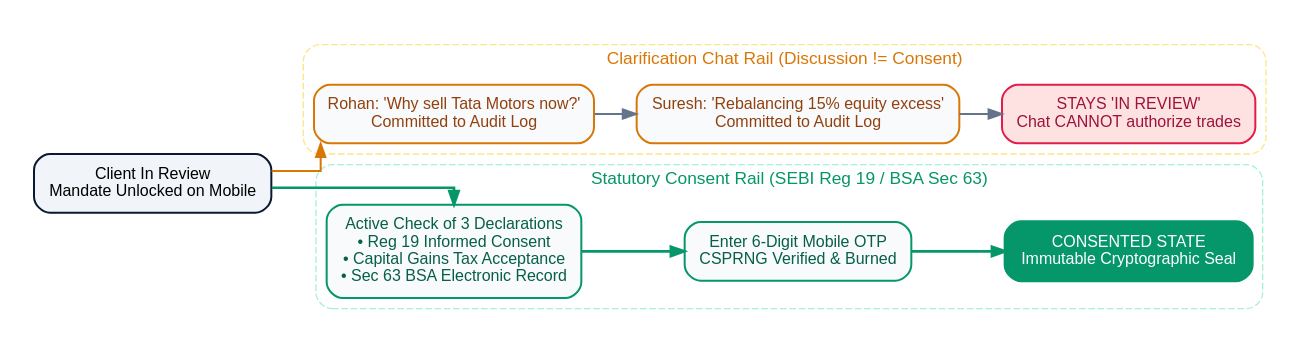
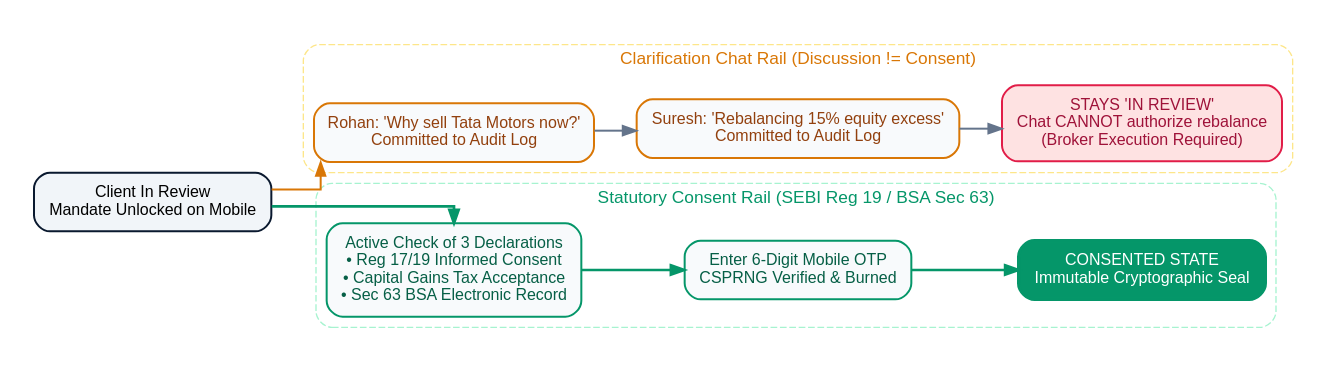
Before and after one commit to AtharvaSDeshpande/FinConsent: the diagram in docs/diagrams/chat-vs-consent.dot, drawn with Graphviz. The commit also changed 177 other files, not shown here.

Commit message:
ship: delete outdated visual audit diagrams, regenerate 18 high-res diagrams, and synchronize documentation

```diff
--- a/docs/diagrams/chat-vs-consent.dot
+++ b/docs/diagrams/chat-vs-consent.dot
@@ -1,67 +1,67 @@
 digraph ChatVsConsent {
+    
+    bgcolor="#FFFFFF";
+    fontname="Helvetica,Arial,sans-serif";
+    fontsize=14;
+    pad="0.25,0.25";
+    nodesep=0.4;
+    ranksep=0.45;
+    splines=ortho;
 
-    graph [
-        bgcolor="#FFFFFF",
-        fontname="Helvetica,Arial,sans-serif",
-        fontsize=14,
-        pad="0.25,0.25",
-        nodesep=0.4,
-        ranksep=0.45,
-        splines=ortho
-    ];
     node [
         fontname="Helvetica,Arial,sans-serif",
         fontsize=12,
         shape=box,
         style="rounded,filled",
         fillcolor="#F8FAFC",
         color="#CBD5E1",
         penwidth=1.5,
         margin="0.15,0.12"
     ];
+
     edge [
         fontname="Helvetica,Arial,sans-serif",
         fontsize=12,
         color="#64748B",
         fontcolor="#334155",
         penwidth=1.5
     ];
 
     rankdir=LR;
 
     start [label="Client In Review\nMandate Unlocked on Mobile", color="#0A192F", fillcolor="#F1F5F9"];
 
     subgraph cluster_chat_lane {
         label="Clarification Chat Rail (Discussion != Consent)";
         fontname="Helvetica,Arial,sans-serif";
         fontsize=13;
         fontcolor="#D97706";
         color="#FDE68A";
         style="rounded,dashed";
         fillcolor="#FEF3C7";
 
         c_msg [label="Rohan: 'Why sell Tata Motors now?'\nCommitted to Audit Log", color="#D97706", fontcolor="#92400E"];
         c_ans [label="Suresh: 'Rebalancing 15% equity excess'\nCommitted to Audit Log", color="#D97706", fontcolor="#92400E"];
-        c_stop [label="STAYS 'IN REVIEW'\nChat CANNOT authorize trades", color="#E11D48", fontcolor="#9F1239", fillcolor="#FEE2E2"];
+        c_stop [label="STAYS 'IN REVIEW'\nChat CANNOT authorize rebalance\n(Broker Execution Required)", color="#E11D48", fontcolor="#9F1239", fillcolor="#FEE2E2"];
     }
 
     subgraph cluster_consent_lane {
         label="Statutory Consent Rail (SEBI Reg 19 / BSA Sec 63)";
         fontname="Helvetica,Arial,sans-serif";
         fontsize=13;
         fontcolor="#059669";
         color="#A7F3D0";
         style="rounded,dashed";
         fillcolor="#ECFDF5";
 
-        auth_check [label="Active Check of 3 Declarations\n• Reg 19 Informed Consent\n• Capital Gains Tax Acceptance\n• Sec 63 BSA Electronic Record", color="#059669", fontcolor="#065F46"];
+        auth_check [label="Active Check of 3 Declarations\n• Reg 17/19 Informed Consent\n• Capital Gains Tax Acceptance\n• Sec 63 BSA Electronic Record", color="#059669", fontcolor="#065F46"];
         auth_otp   [label="Enter 6-Digit Mobile OTP\nCSPRNG Verified & Burned", color="#059669", fontcolor="#065F46"];
         auth_done  [label="CONSENTED STATE\nImmutable Cryptographic Seal", color="#059669", fillcolor="#059669", fontcolor="#FFFFFF", penwidth=2.5];
     }
 
     start -> c_msg [color="#D97706"];
     c_msg -> c_ans -> c_stop;
 
     start -> auth_check [color="#059669", penwidth=2.0];
     auth_check -> auth_otp -> auth_done [color="#059669", penwidth=2.0];
 }
```
